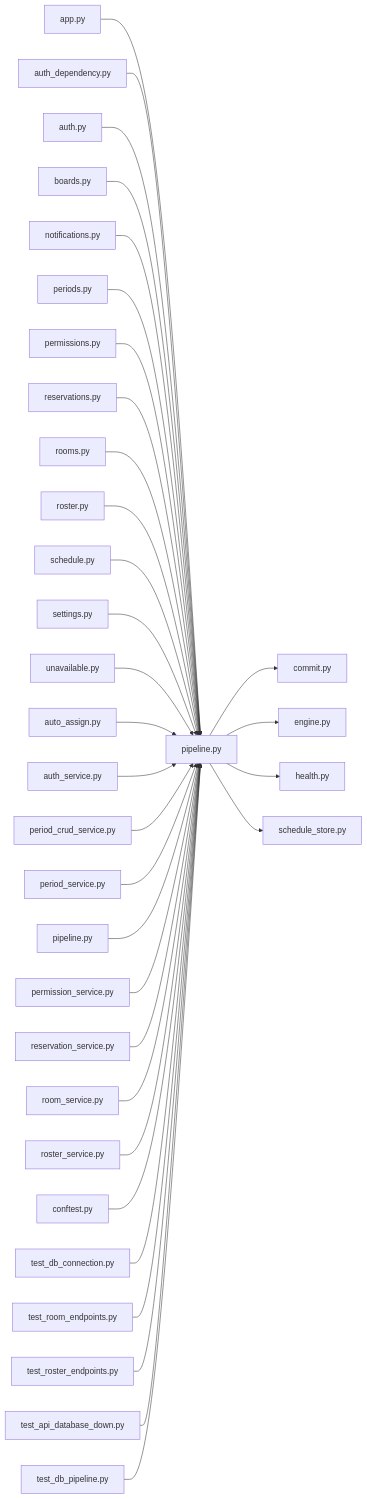
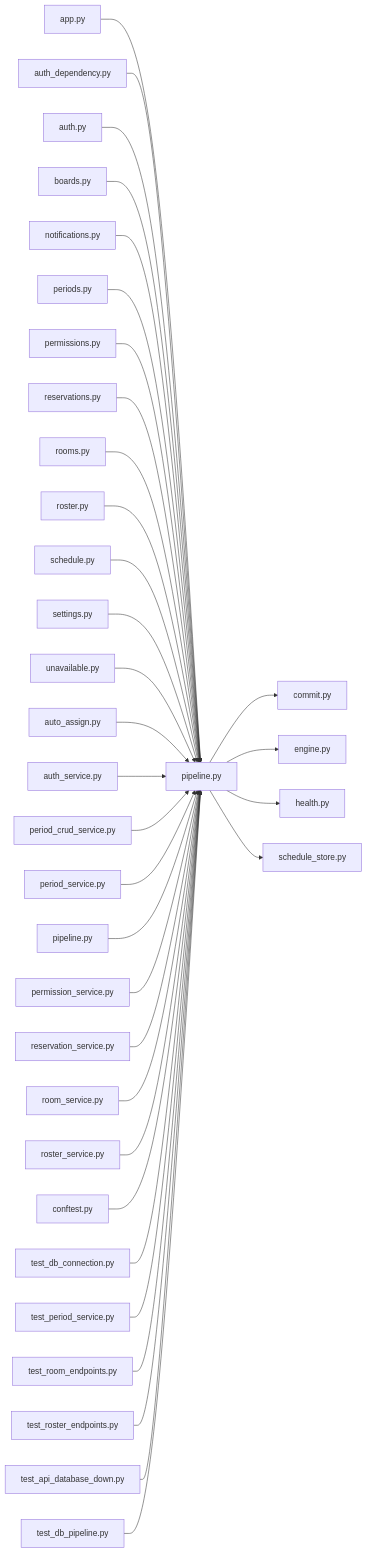
Before and after one commit to minkong-dev/Banblit: the diagram in .cluedoc/graph/backend/src/backend/db/pipeline.md, drawn with Mermaid. The commit also changed other lines of this file and 40 other files, not shown here.

````diff
--- a/.cluedoc/graph/backend/src/backend/db/pipeline.md
+++ b/.cluedoc/graph/backend/src/backend/db/pipeline.md
@@ -10,36 +10,37 @@
 ```mermaid
 flowchart LR
   backend_src_backend_db_pipeline["pipeline.py"]
   backend_src_backend_db_pipeline --> backend_src_backend_db_commit["commit.py"]
   backend_src_backend_db_pipeline --> backend_src_backend_db_engine["engine.py"]
   backend_src_backend_db_pipeline --> backend_src_backend_db_health["health.py"]
   backend_src_backend_db_pipeline --> backend_src_backend_db_schedule_store["schedule_store.py"]
   backend_src_backend_api_app["app.py"] --> backend_src_backend_db_pipeline
   backend_src_backend_api_auth_dependency["auth_dependency.py"] --> backend_src_backend_db_pipeline
   backend_src_backend_api_routers_auth["auth.py"] --> backend_src_backend_db_pipeline
   backend_src_backend_api_routers_boards["boards.py"] --> backend_src_backend_db_pipeline
   backend_src_backend_api_routers_notifications["notifications.py"] --> backend_src_backend_db_pipeline
   backend_src_backend_api_routers_periods["periods.py"] --> backend_src_backend_db_pipeline
   backend_src_backend_api_routers_permissions["permissions.py"] --> backend_src_backend_db_pipeline
   backend_src_backend_api_routers_reservations["reservations.py"] --> backend_src_backend_db_pipeline
   backend_src_backend_api_routers_rooms["rooms.py"] --> backend_src_backend_db_pipeline
   backend_src_backend_api_routers_roster["roster.py"] --> backend_src_backend_db_pipeline
   backend_src_backend_api_routers_schedule["schedule.py"] --> backend_src_backend_db_pipeline
   backend_src_backend_api_routers_settings["settings.py"] --> backend_src_backend_db_pipeline
   backend_src_backend_api_routers_unavailable["unavailable.py"] --> backend_src_backend_db_pipeline
   backend_src_backend_jobs_auto_assign["auto_assign.py"] --> backend_src_backend_db_pipeline
   backend_src_backend_services_auth_auth_service["auth_service.py"] --> backend_src_backend_db_pipeline
   backend_src_backend_services_period_period_crud_service["period_crud_service.py"] --> backend_src_backend_db_pipeline
   backend_src_backend_services_period_period_service["period_service.py"] --> backend_src_backend_db_pipeline
   backend_src_backend_services_period_pipeline["pipeline.py"] --> backend_src_backend_db_pipeline
   backend_src_backend_services_permission_permission_service["permission_service.py"] --> backend_src_backend_db_pipeline
   backend_src_backend_services_reservation_reservation_service["reservation_service.py"] --> backend_src_backend_db_pipeline
   backend_src_backend_services_room_room_service["room_service.py"] --> backend_src_backend_db_pipeline
   backend_src_backend_services_roster_roster_service["roster_service.py"] --> backend_src_backend_db_pipeline
   backend_tests_conftest["conftest.py"] --> backend_src_backend_db_pipeline
   backend_tests_integration_db_test_db_connection["test_db_connection.py"] --> backend_src_backend_db_pipeline
+  backend_tests_integration_db_test_period_service["test_period_service.py"] --> backend_src_backend_db_pipeline
   backend_tests_integration_db_test_room_endpoints["test_room_endpoints.py"] --> backend_src_backend_db_pipeline
   backend_tests_integration_db_test_roster_endpoints["test_roster_endpoints.py"] --> backend_src_backend_db_pipeline
   backend_tests_unit_test_api_database_down["test_api_database_down.py"] --> backend_src_backend_db_pipeline
   backend_tests_unit_test_db_pipeline["test_db_pipeline.py"] --> backend_src_backend_db_pipeline
 ```
````
